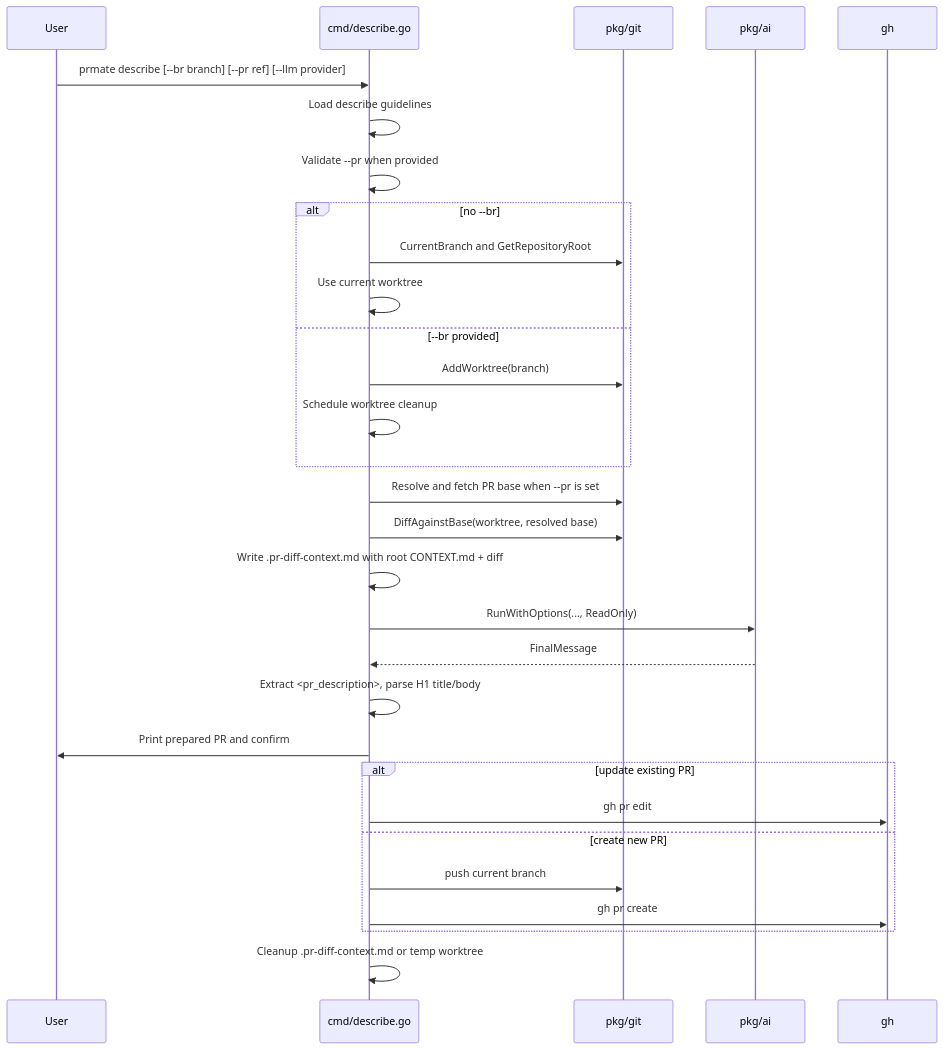
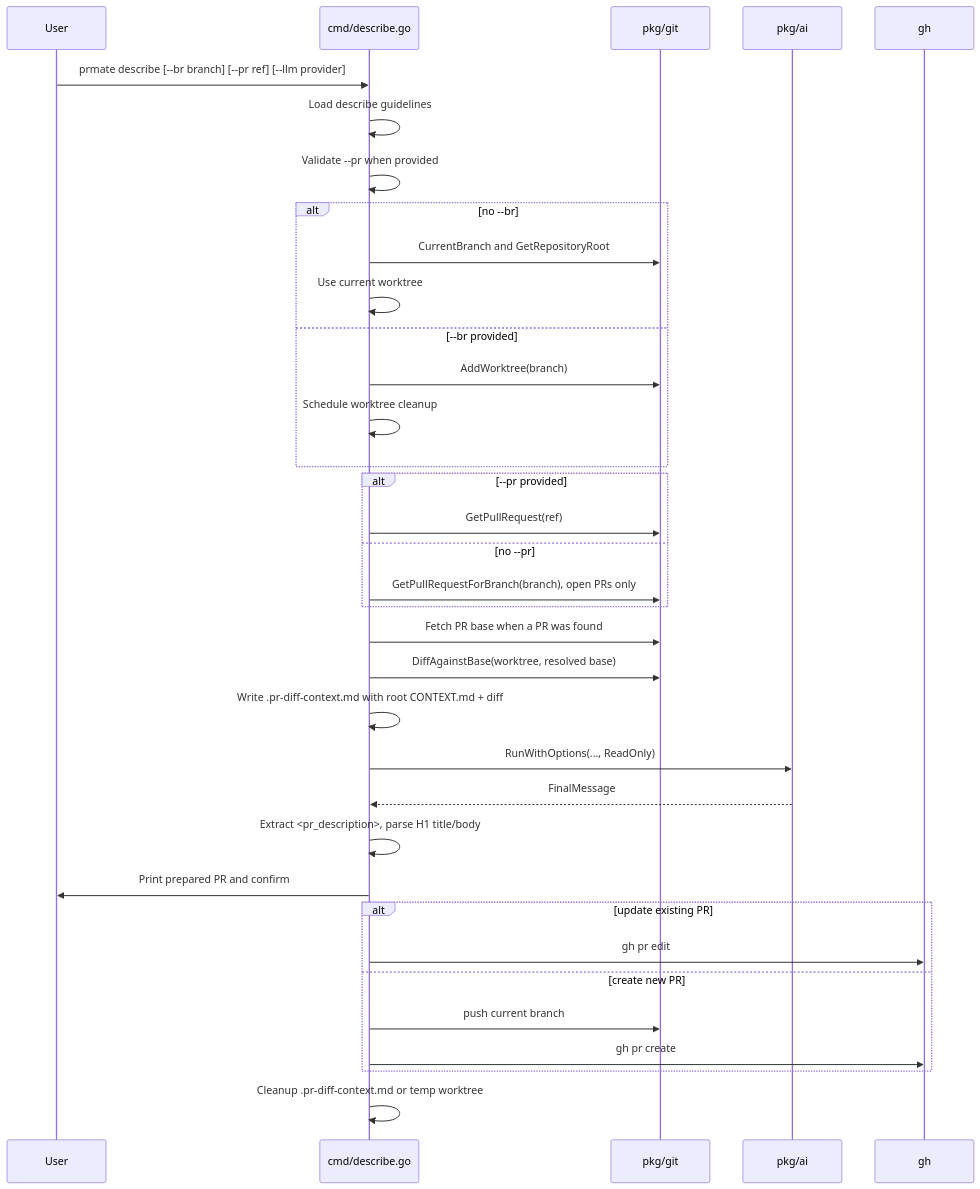
The second of 3 diagrams in CONTEXT.md (mpiorowski/prmate), drawn with Mermaid before and after one commit. The commit also changed other lines of this file and 3 other files, not shown here.

````diff
--- a/CONTEXT.md
+++ b/CONTEXT.md
@@ -143,33 +143,38 @@
 ```mermaid
 sequenceDiagram
     participant U as User
     participant D as cmd/describe.go
     participant G as pkg/git
     participant A as pkg/ai
     participant GH as gh
 
     U->>D: prmate describe [--br branch] [--pr ref] [--llm provider]
     D->>D: Load describe guidelines
     D->>D: Validate --pr when provided
     alt no --br
         D->>G: CurrentBranch and GetRepositoryRoot
         D->>D: Use current worktree
     else --br provided
         D->>G: AddWorktree(branch)
         D->>D: Schedule worktree cleanup
     end
-    D->>G: Resolve and fetch PR base when --pr is set
+    alt --pr provided
+        D->>G: GetPullRequest(ref)
+    else no --pr
+        D->>G: GetPullRequestForBranch(branch), open PRs only
+    end
+    D->>G: Fetch PR base when a PR was found
     D->>G: DiffAgainstBase(worktree, resolved base)
     D->>D: Write .pr-diff-context.md with root CONTEXT.md + diff
     D->>A: RunWithOptions(..., ReadOnly)
     A-->>D: FinalMessage
     D->>D: Extract <pr_description>, parse H1 title/body
     D->>U: Print prepared PR and confirm
     alt update existing PR
         D->>GH: gh pr edit
     else create new PR
         D->>G: push current branch
         D->>GH: gh pr create
     end
     D->>D: Cleanup .pr-diff-context.md or temp worktree
 ```
````
